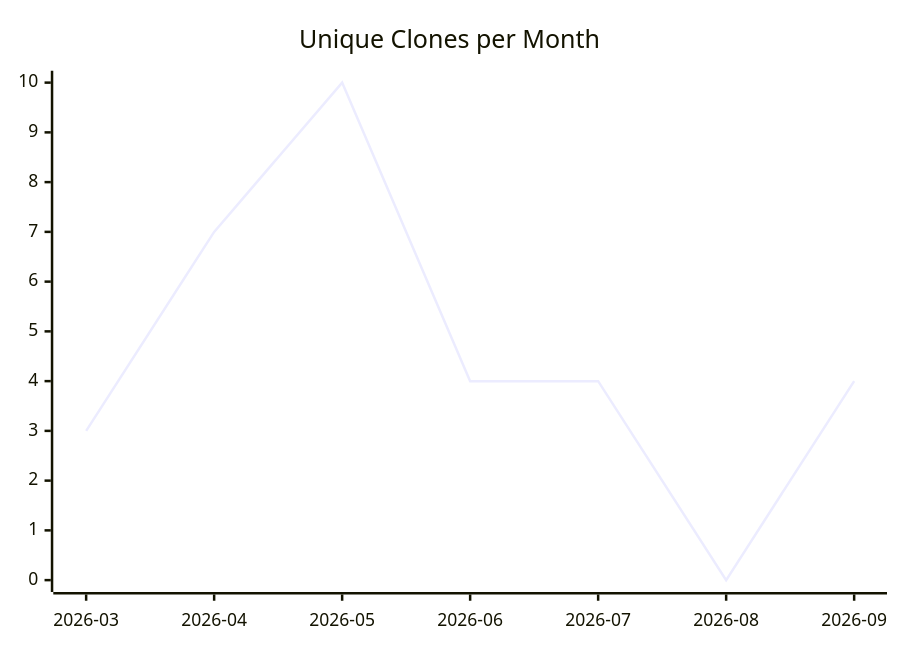
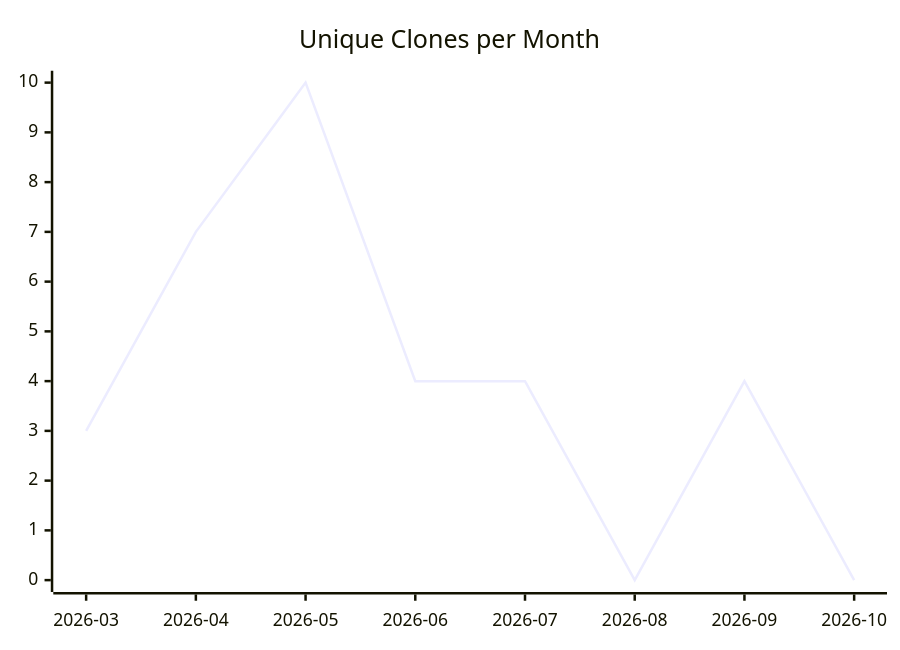
Before and after one commit to justdavis-family/github-analytics-data: the third of 3 diagrams in karlmdavis/test-repo-for-move/README.md, drawn with Mermaid. The commit also changed other lines of this file and 202 other files, not shown here.

````diff
--- a/karlmdavis/test-repo-for-move/README.md
+++ b/karlmdavis/test-repo-for-move/README.md
@@ -19,6 +19,6 @@
 ```mermaid
 xychart-beta
   title "Unique Clones per Month"
-  x-axis ["2026-03", "2026-04", "2026-05", "2026-06", "2026-07", "2026-08", "2026-09"]
-  line [3, 7, 10, 4, 4, 0, 4]
+  x-axis ["2026-03", "2026-04", "2026-05", "2026-06", "2026-07", "2026-08", "2026-09", "2026-10"]
+  line [3, 7, 10, 4, 4, 0, 4, 0]
 ```
````
